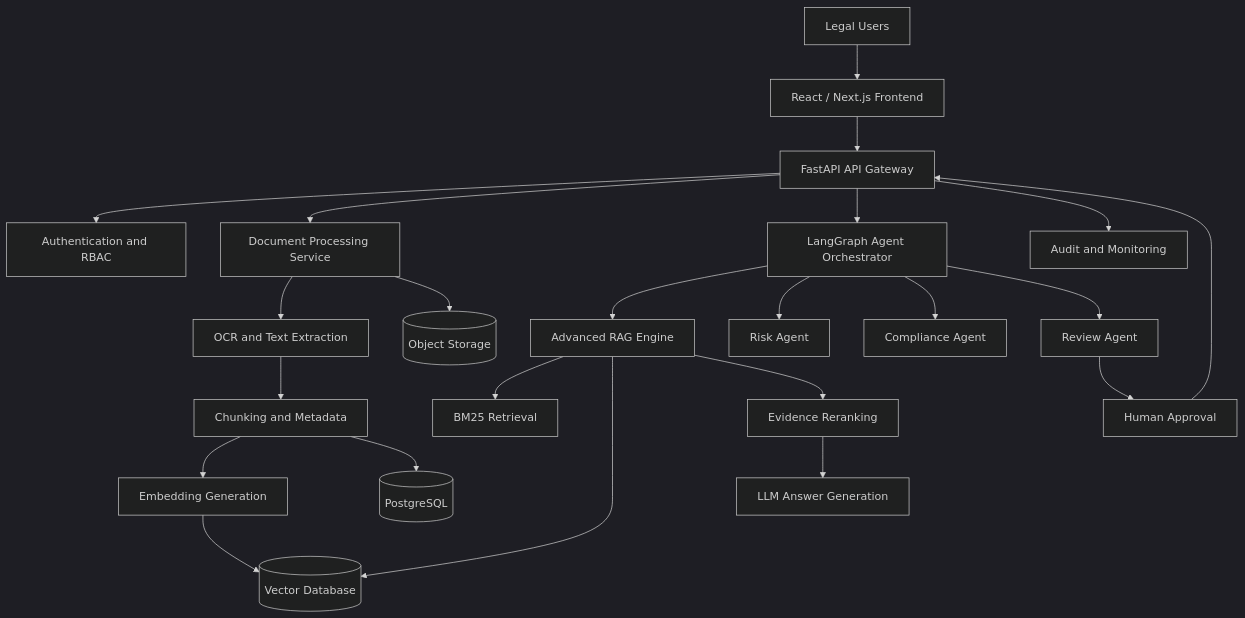
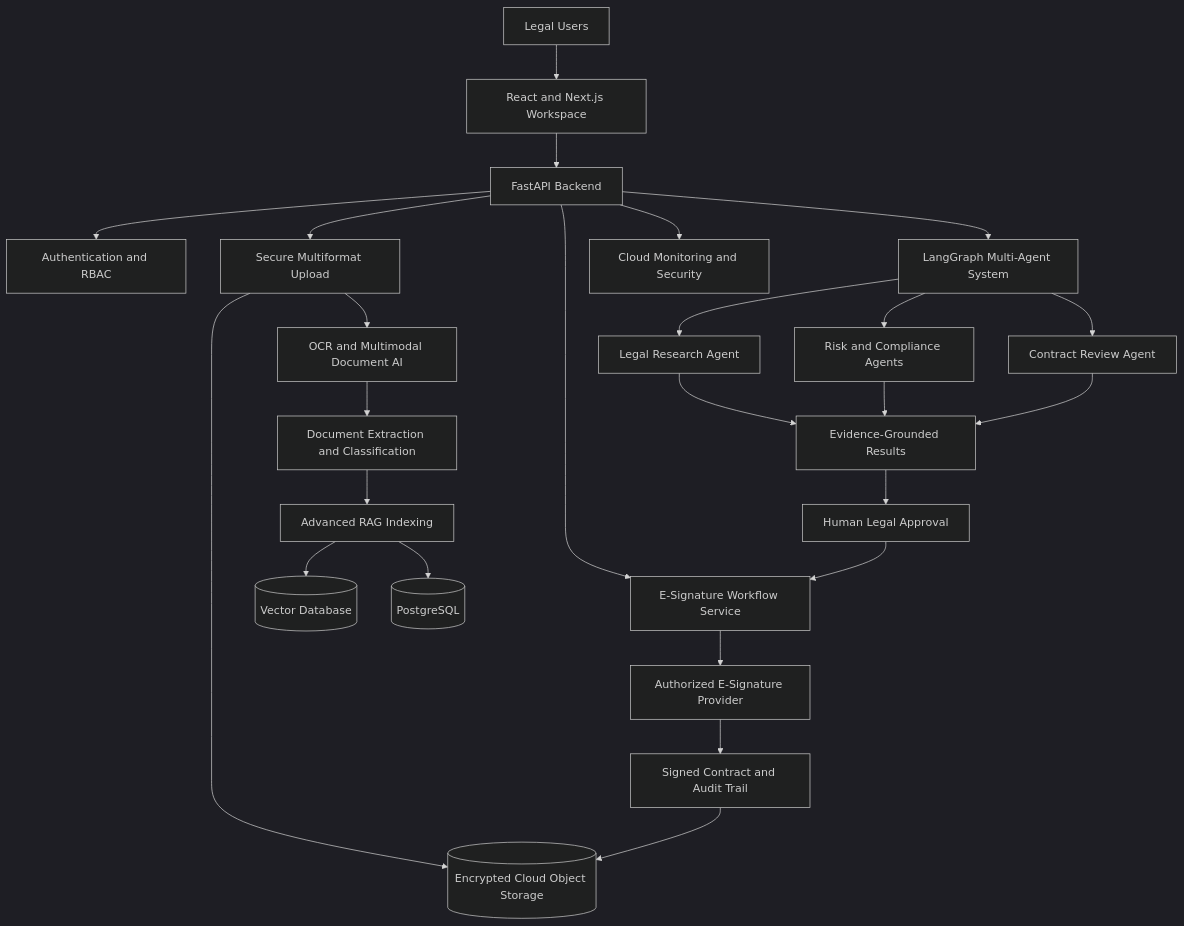
One commit to pa-mohammed-hamil/enterprise-legal-document-intelligence-ai changed the diagram in README.md. Above: the diagram before and after it, drawn with Mermaid (dark theme). The commit also changed other lines of this file, not shown here.

````diff
--- a/README.md
+++ b/README.md
@@ -136,30 +86,33 @@
 ```mermaid
 flowchart TD
-    U[Legal Users] --> F[React / Next.js Frontend]
-    F --> API[FastAPI API Gateway]
-    API --> AUTH[Authentication and RBAC]
-    API --> DOC[Document Processing Service]
-    API --> AGENT[LangGraph Agent Orchestrator]
+    A[Legal Users] --> B[React and Next.js Workspace]
+    B --> C[FastAPI Backend]
+    C --> D[Authentication and RBAC]
+    C --> E[Secure Multiformat Upload]
+    C --> F[LangGraph Multi-Agent System]
+    C --> G[E-Signature Workflow Service]
 
-    DOC --> OCR[OCR and Text Extraction]
-    OCR --> CHUNK[Chunking and Metadata]
-    CHUNK --> EMB[Embedding Generation]
-    EMB --> VECTOR[(Vector Database)]
-    CHUNK --> DB[(PostgreSQL)]
-    DOC --> STORE[(Object Storage)]
+    E --> H[OCR and Multimodal Document AI]
+    H --> I[Document Extraction and Classification]
+    I --> J[Advanced RAG Indexing]
 
-    AGENT --> RAG[Advanced RAG Engine]
-    RAG --> BM25[BM25 Retrieval]
-    RAG --> VECTOR
-    RAG --> RERANK[Evidence Reranking]
-    RERANK --> LLM[LLM Answer Generation]
+    J --> K[(Vector Database)]
+    J --> L[(PostgreSQL)]
+    E --> M[(Encrypted Cloud Object Storage)]
 
-    AGENT --> RISK[Risk Agent]
-    AGENT --> COMP[Compliance Agent]
-    AGENT --> REVIEW[Review Agent]
+    F --> N[Legal Research Agent]
+    F --> O[Risk and Compliance Agents]
+    F --> P[Contract Review Agent]
 
-    REVIEW --> APPROVAL[Human Approval]
-    APPROVAL --> API
+    N --> Q[Evidence-Grounded Results]
+    O --> Q
+    P --> Q
 
-    API --> AUDIT[Audit and Monitoring]
+    Q --> R[Human Legal Approval]
+    R --> G
+    G --> S[Authorized E-Signature Provider]
+    S --> T[Signed Contract and Audit Trail]
+    T --> M
+
+    C --> U[Cloud Monitoring and Security]
 ```
````
